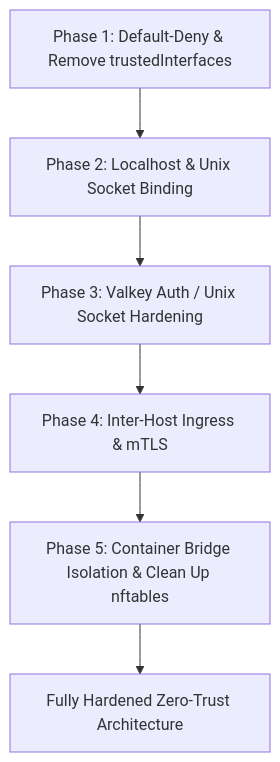
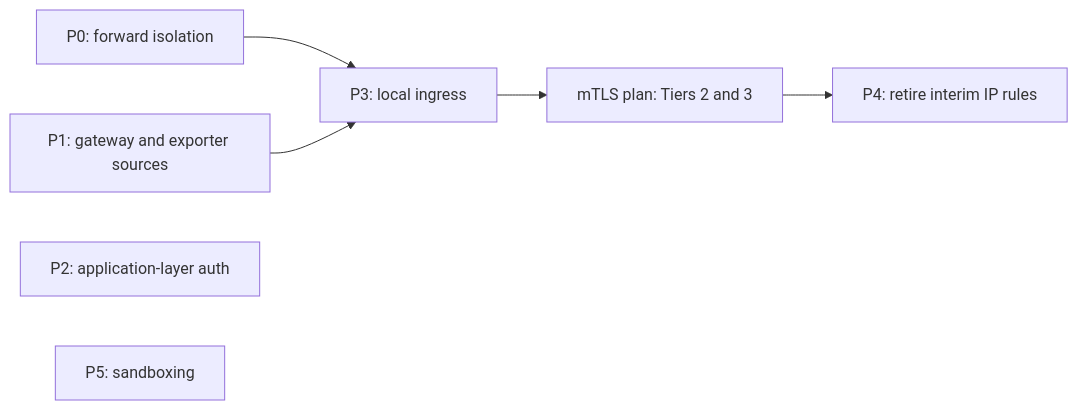
The diagram in docs/src/plans/service-security-architecture-plan.md (categoricalcat/nixos), drawn with Mermaid before and after one commit. The commit also changed other lines of this file and 10 other files, not shown here.

First line of the commit message:
Drop finished plans and split the remaining architecture work so each plan owns one concern.

````diff
--- a/docs/src/plans/service-security-architecture-plan.md
+++ b/docs/src/plans/service-security-architecture-plan.md
@@ -82,11 +136,9 @@
 ```mermaid
-flowchart TD
-    P1["Phase 1: Default-Deny & Remove trustedInterfaces"]
-    P2["Phase 2: Localhost & Unix Socket Binding"]
-    P3["Phase 3: Valkey Auth / Unix Socket Hardening"]
-    P4["Phase 4: Inter-Host Ingress & mTLS"]
-    P5["Phase 5: Container Bridge Isolation & Clean Up nftables"]
-    Target["Fully Hardened Zero-Trust Architecture"]
-
-    P1 --> P2 --> P3 --> P4 --> P5 --> Target
+flowchart LR
+    P0["P0: forward isolation"] --> P3["P3: local ingress"]
+    P1["P1: gateway and exporter sources"] --> P3
+    P3 --> MTLS["mTLS plan: Tiers 2 and 3"]
+    MTLS --> P4["P4: retire interim IP rules"]
+    P2["P2: application-layer auth"]
+    P5["P5: sandboxing"]
 ```
````
